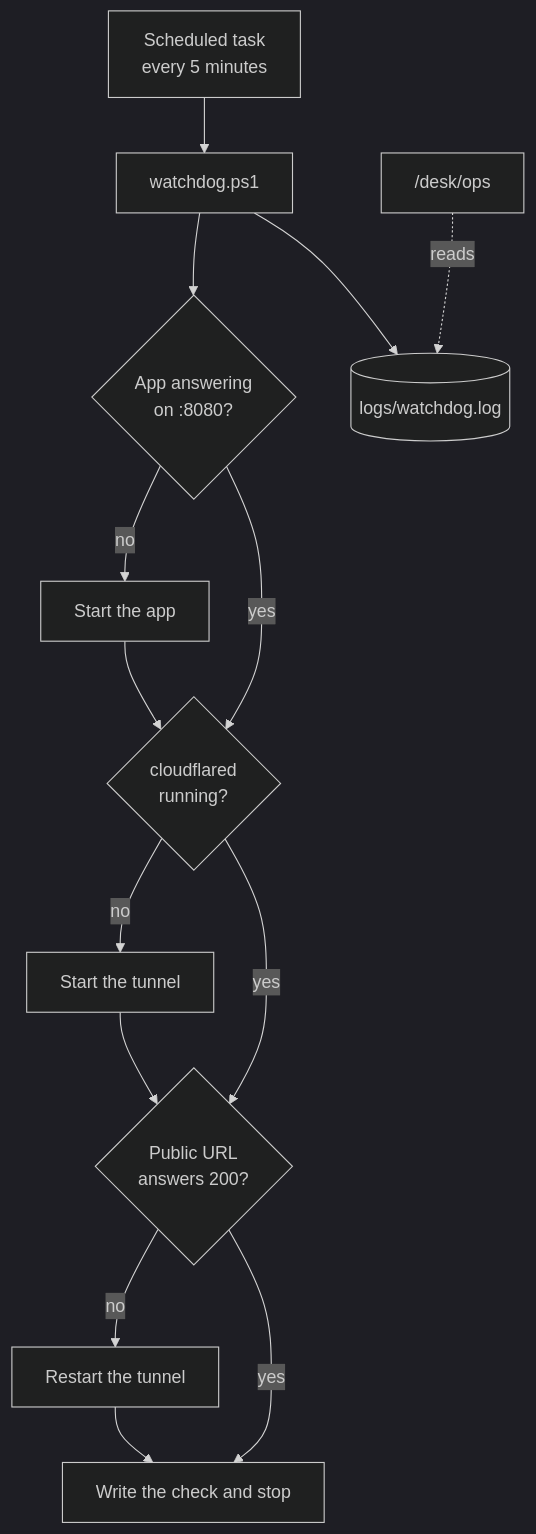
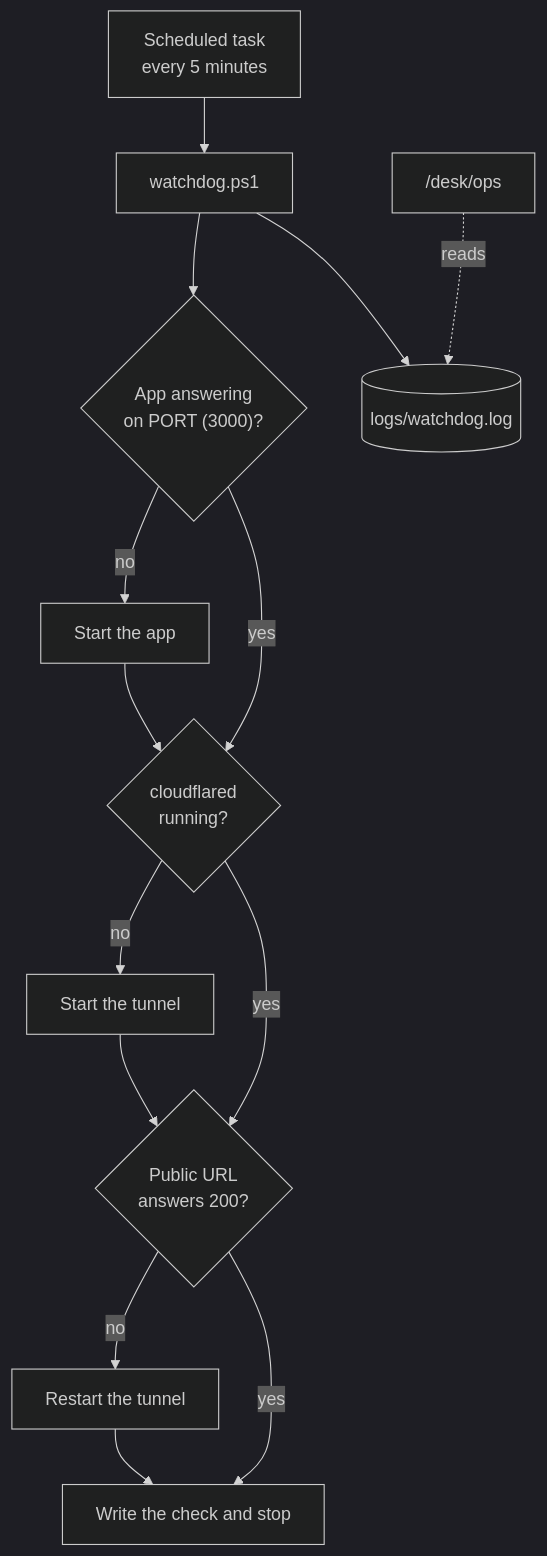
Before and after one commit to scottconverse/TownReporter: the sixth of 8 diagrams in docs/manual.md, drawn with Mermaid (dark theme). The commit also changed other lines of this file and 10 other files, not shown here.

````diff
--- a/docs/manual.md
+++ b/docs/manual.md
@@ -612,17 +613,17 @@
 ```mermaid
 flowchart TB
     T["Scheduled task<br/>every 5 minutes"] --> WD["watchdog.ps1"]
-    WD --> C1{"App answering<br/>on :8080?"}
+    WD --> C1{"App answering<br/>on PORT (3000)?"}
     C1 -->|no| R1["Start the app"]
     C1 -->|yes| C2{"cloudflared<br/>running?"}
     R1 --> C2
     C2 -->|no| R2["Start the tunnel"]
     C2 -->|yes| C3{"Public URL<br/>answers 200?"}
     R2 --> C3
     C3 -->|no| R3["Restart the tunnel"]
     C3 -->|yes| OK["Write the check and stop"]
     R3 --> OK
 
     OPS["/desk/ops"] -.reads.-> LOG[("logs/watchdog.log")]
     WD --> LOG
 ```
````
